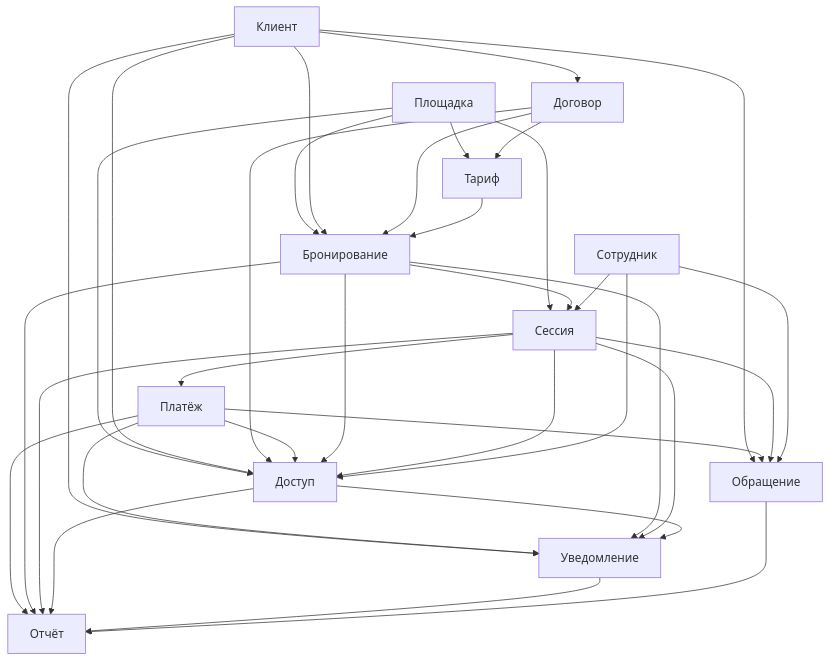
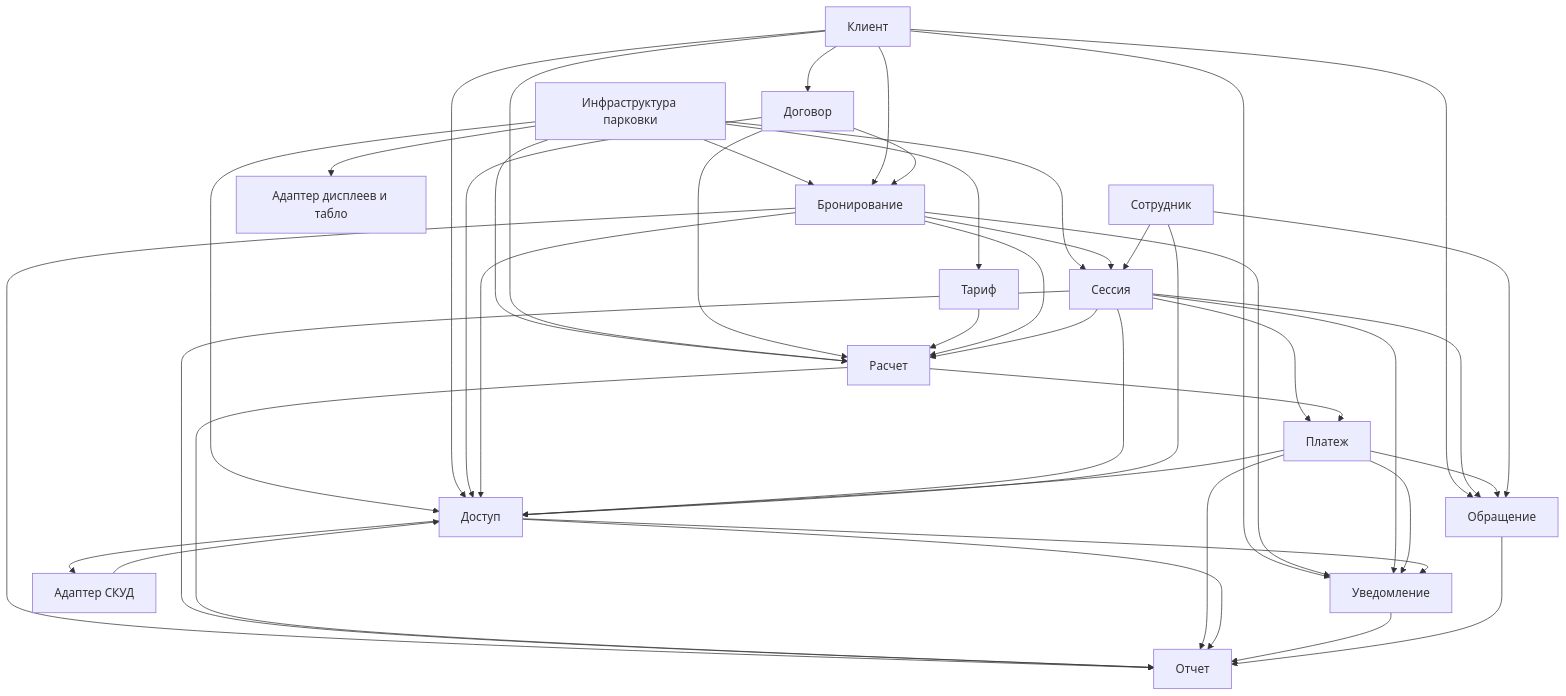
The diagram in docs/architecture/ddd/ddd-bounded-contexts.md (CeJIDb/sab-win-26-parking), drawn with Mermaid before and after one commit. The commit also changed other lines of this file and 4 other files, not shown here.

Commit message:
docs(architecture): актуализировать контекстную декомпозицию парковки

````diff
--- a/docs/architecture/ddd/ddd-bounded-contexts.md
+++ b/docs/architecture/ddd/ddd-bounded-contexts.md
@@ -102,45 +138,55 @@
 ```mermaid
 graph TD
-    FAC[Площадка] --> BOOK[Бронирование]
-    FAC --> SES[Сессия]
-    FAC --> TAR[Тариф]
-    FAC --> ACC[Доступ]
+    INF[Инфраструктура парковки] --> BOOK[Бронирование]
+    INF --> SES[Сессия]
+    INF --> TAR[Тариф]
+    INF --> CALC[Расчет]
+    INF --> ACC[Доступ]
+    INF --> DISP[Адаптер дисплеев и табло]
 
     CLI[Клиент] --> BOOK
     CLI --> CON[Договор]
+    CLI --> ACC
+    CLI --> CALC
     CLI --> NOT[Уведомление]
     CLI --> SUP[Обращение]
-    CLI --> ACC
 
     CON --> BOOK
     CON --> ACC
-    CON --> TAR
+    CON --> CALC
 
-    PAY[Платёж] --> ACC
-    PAY --> SUP
-    PAY --> REP[Отчёт]
-    PAY --> NOT[Уведомление]
+    TAR --> CALC
 
-    TAR --> BOOK
-
+    BOOK --> SES
     BOOK --> ACC
-    BOOK --> SES
+    BOOK --> CALC
     BOOK --> NOT
-    BOOK --> REP
+    BOOK --> REP[Отчет]
 
     SES --> ACC
-    SES --> PAY
+    SES --> CALC
+    SES --> PAY[Платеж]
     SES --> NOT
     SES --> SUP
     SES --> REP
 
-    ACC --> NOT
-    ACC --> REP
+    CALC --> PAY
+    CALC --> REP
+
+    PAY --> ACC
+    PAY --> NOT
+    PAY --> SUP
+    PAY --> REP
 
     EMP[Сотрудник] --> ACC
     EMP --> SES
     EMP --> SUP
 
+    ACC --> SKUD[Адаптер СКУД]
+    SKUD --> ACC
+    ACC --> NOT
+    ACC --> REP
+
     NOT --> REP
     SUP --> REP
 ```
````
